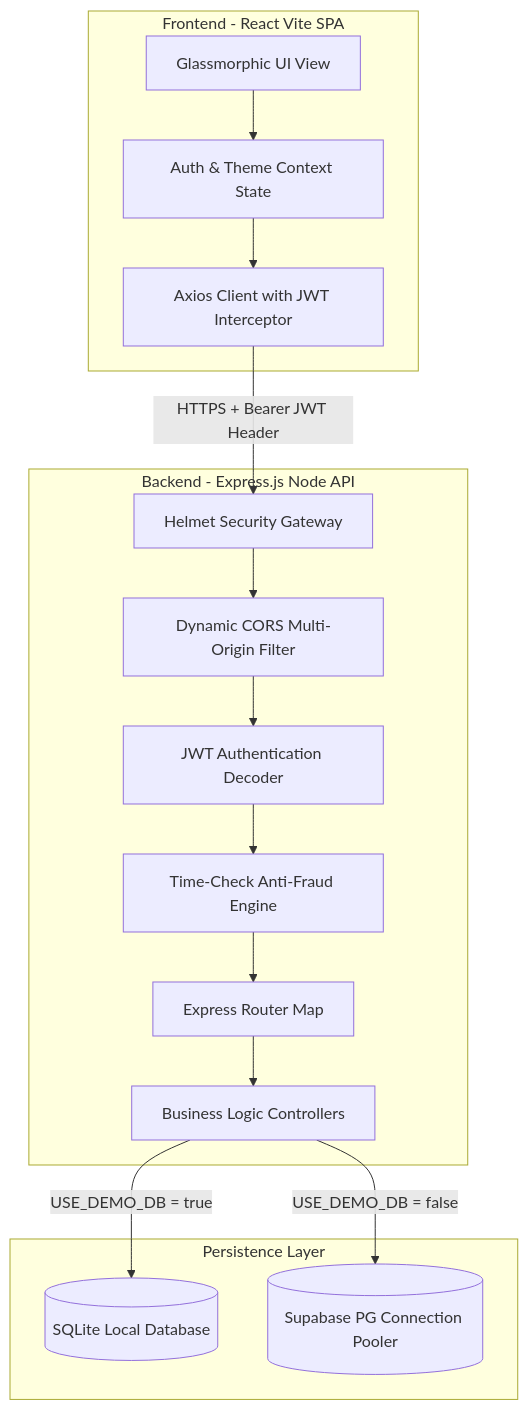
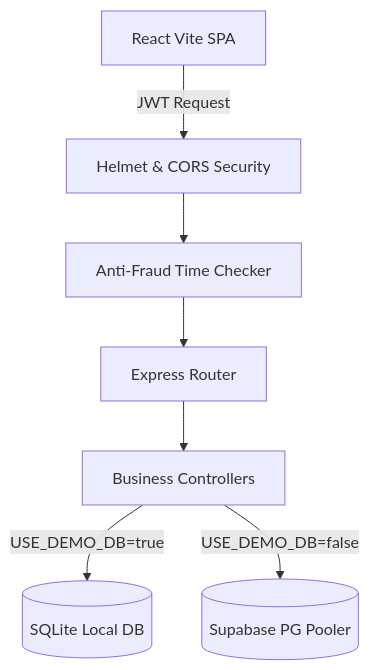
Before and after one commit to Meetvirugama/BasicVotingSystem: the diagram in README.md, drawn with Mermaid. The commit also changed other lines of this file, not shown here.

````diff
--- a/README.md
+++ b/README.md
@@ -13,33 +10,9 @@
 ```mermaid
 graph TD
-    subgraph Client [Frontend - React Vite SPA]
-        UI[Glassmorphic UI View]
-        Context[Auth & Theme Context State]
-        AxiosInst[Axios Client with JWT Interceptor]
-    end
-
-    subgraph Server [Backend - Express.js Node API]
-        Helmet[Helmet Security Gateway]
-        CORS[Dynamic CORS Multi-Origin Filter]
-        JWT[JWT Authentication Decoder]
-        Fraud[Time-Check Anti-Fraud Engine]
-        Routes[Express Router Map]
-        Ctrl[Business Logic Controllers]
-    end
-
-    subgraph Storage [Persistence Layer]
-        SQLite[(SQLite Local Database)]
-        Supabase[(Supabase PG Connection Pooler)]
-    end
-
-    UI --> Context
-    Context --> AxiosInst
-    AxiosInst -- HTTPS + Bearer JWT Header --> Helmet
-    Helmet --> CORS
-    CORS --> JWT
-    JWT --> Fraud
-    Fraud --> Routes
-    Routes --> Ctrl
-    Ctrl -- USE_DEMO_DB = true --> SQLite
-    Ctrl -- USE_DEMO_DB = false --> Supabase
+    Client[React Vite SPA] -- JWT Request --> Gate[Helmet & CORS Security]
+    Gate --> AntiFraud[Anti-Fraud Time Checker]
+    AntiFraud --> Router[Express Router]
+    Router --> Controllers[Business Controllers]
+    Controllers -- USE_DEMO_DB=true --> SQLite[(SQLite Local DB)]
+    Controllers -- USE_DEMO_DB=false --> Supabase[(Supabase PG Pooler)]
 ```
````
